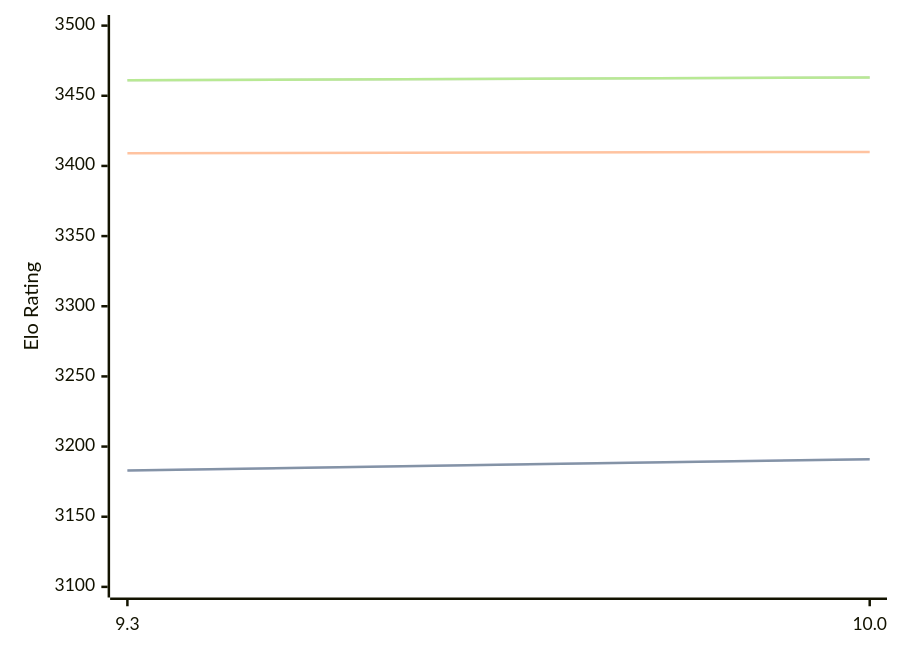
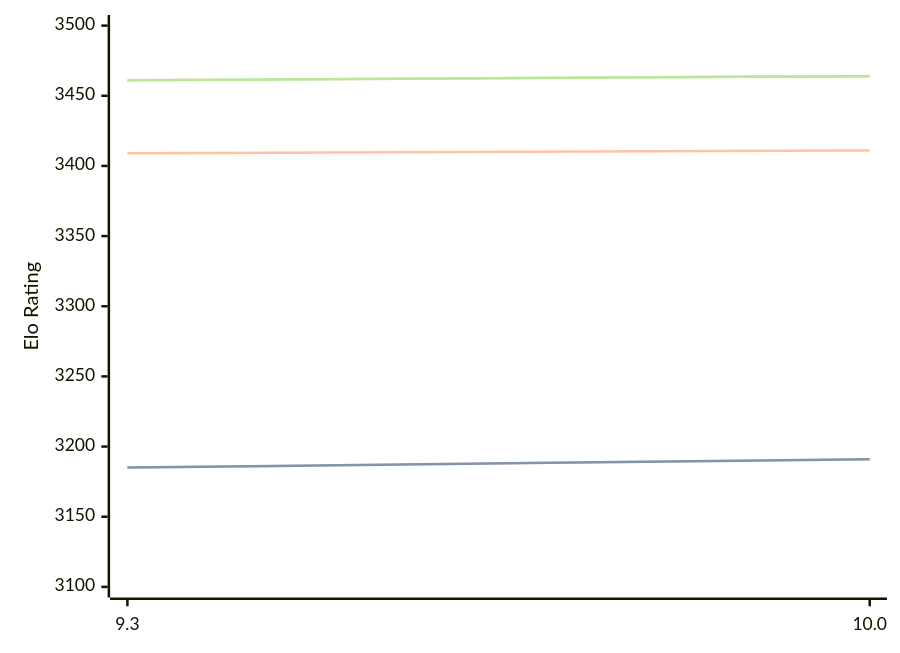
One commit to computer-chess-index/cci changed the diagram in engines/Fire.md. Above: the diagram before and after it, drawn with Mermaid. The commit also changed other lines of this file, not shown here.

Commit message:
Update CCI Ratings (ELO VLTC) - 2026-04-27

````diff
--- a/engines/Fire.md
+++ b/engines/Fire.md
@@ -47,11 +47,11 @@
 ```mermaid
 %%{init: {"theme":"base","themeVariables":{"seriesColors:['#a3a3a3','#222221','#faa371']}}}%%
 xychart-beta
   x-axis ["9.3", "10.0"]
   y-axis "Elo Rating" 3100 --> 3500
-  line "STC (8.0+0.08s)" [3183, 3191]
-  line "STC (8.0+0.08s)" [3183, 3191]
-  line "LTC (60.0+0.60s)" [3409, 3410]
-  line "VLTC (2m24s+1.12s)" [3461, 3463]
-  line "VLTC (2m24s+1.12s)" [3461, 3463]
+  line "STC (8.0+0.08s)" [3185, 3191]
+  line "STC (8.0+0.08s)" [3185, 3191]
+  line "LTC (60.0+0.60s)" [3409, 3411]
+  line "VLTC (2m24s+1.12s)" [3461, 3464]
+  line "VLTC (2m24s+1.12s)" [3461, 3464]
 ```
````
